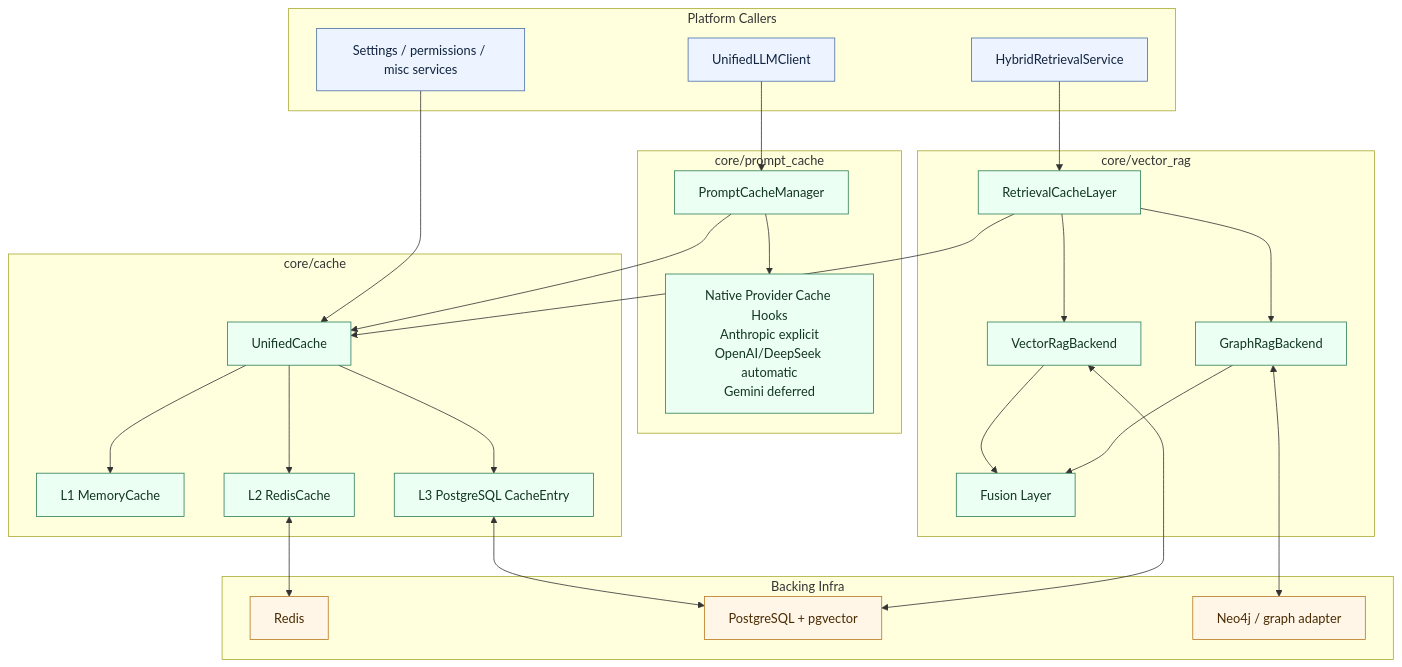
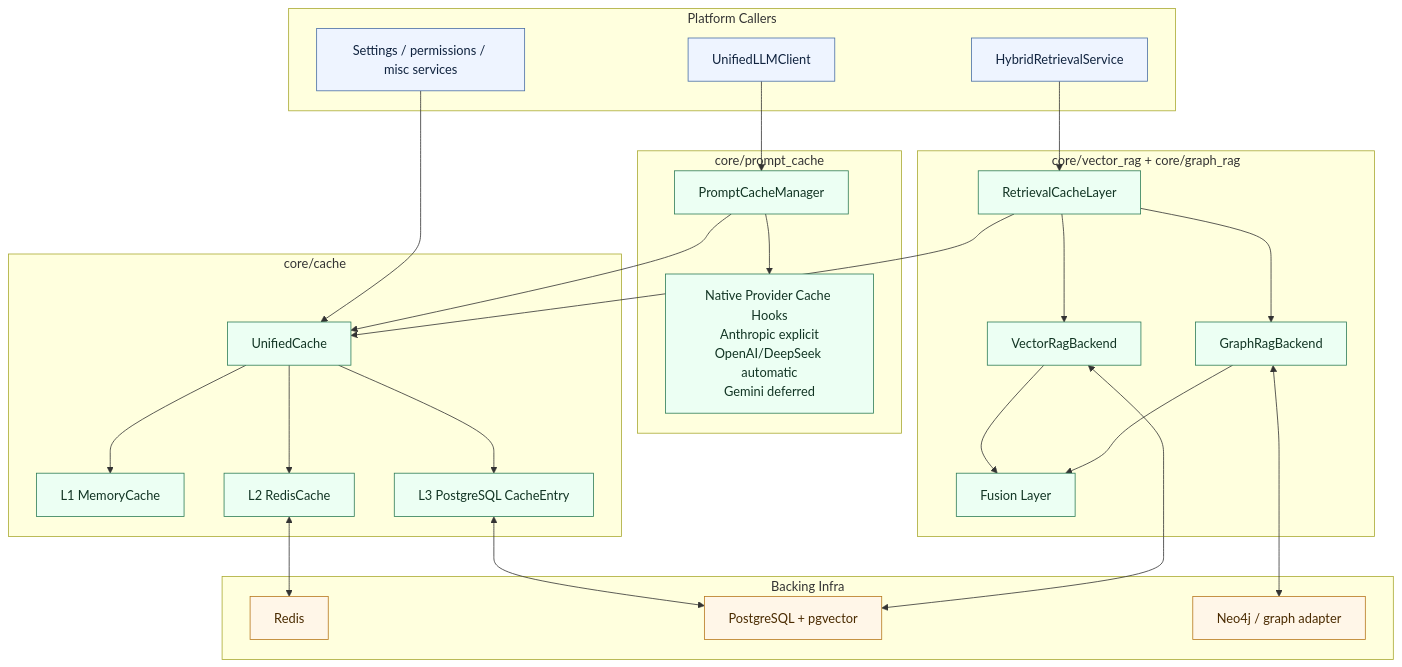
The diagram in .plan/architecture/caching-architecture.md (DCx7C5/cybersecsuite), drawn with Mermaid before and after one commit. The commit also changed other lines of this file and 39 other files, not shown here.

Commit message:
docs: align planning with MCP, SIEM, and local transport architecture

````diff
--- a/.plan/architecture/caching-architecture.md
+++ b/.plan/architecture/caching-architecture.md
@@ -23,63 +23,63 @@
 ```mermaid
 flowchart TB
     subgraph Callers["Platform Callers"]
         Settings["Settings / permissions / misc services"]
         LLM["UnifiedLLMClient"]
         Retrieval["HybridRetrievalService"]
     end
 
     subgraph CacheCore["core/cache"]
         Unified["UnifiedCache"]
         L1["L1 MemoryCache"]
         L2["L2 RedisCache"]
         L3["L3 PostgreSQL CacheEntry"]
     end
 
     subgraph Prompt["core/prompt_cache"]
         PCM["PromptCacheManager"]
         Native["Native Provider Cache Hooks\nAnthropic explicit\nOpenAI/DeepSeek automatic\nGemini deferred"]
     end
 
-    subgraph RetrievalCore["core/vector_rag"]
+    subgraph RetrievalCore["core/vector_rag + core/graph_rag"]
         RCL["RetrievalCacheLayer"]
         VR["VectorRagBackend"]
         GR["GraphRagBackend"]
         Fuse["Fusion Layer"]
     end
 
     subgraph Data["Backing Infra"]
         Redis["Redis"]
         Postgres["PostgreSQL + pgvector"]
         Graph["Neo4j / graph adapter"]
     end
 
     Settings --> Unified
 
     LLM --> PCM
     PCM --> Unified
     PCM --> Native
 
     Retrieval --> RCL
     RCL --> Unified
     RCL --> VR
     RCL --> GR
     VR --> Fuse
     GR --> Fuse
 
     Unified --> L1
     Unified --> L2
     Unified --> L3
 
     L2 <--> Redis
     L3 <--> Postgres
     VR <--> Postgres
     GR <--> Graph
 
     classDef caller fill:#eef4ff,stroke:#4a6fa5,color:#10233f;
     classDef core fill:#ecfff3,stroke:#2f7d57,color:#123524;
     classDef store fill:#fff6e8,stroke:#b7791f,color:#4a2b00;
 
     class Settings,LLM,Retrieval caller;
     class Unified,L1,L2,L3,PCM,Native,RCL,VR,GR,Fuse core;
     class Redis,Postgres,Graph store;
 ```
````
